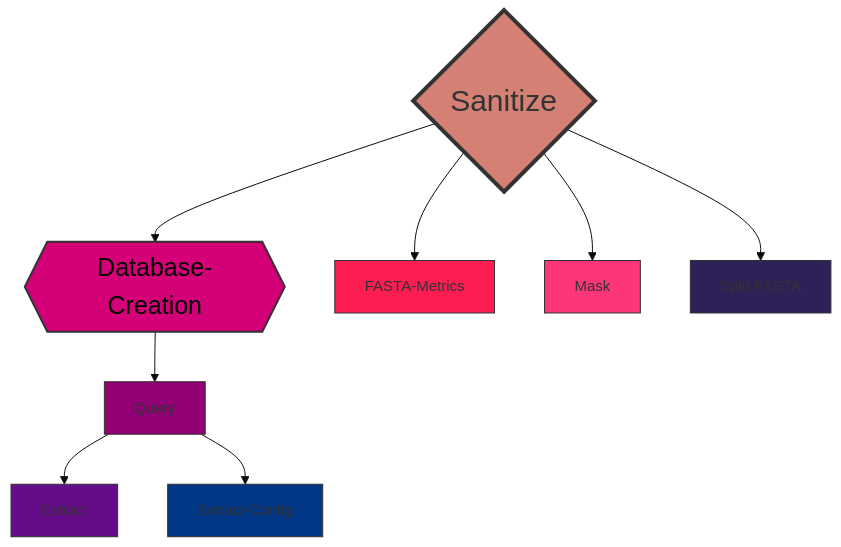
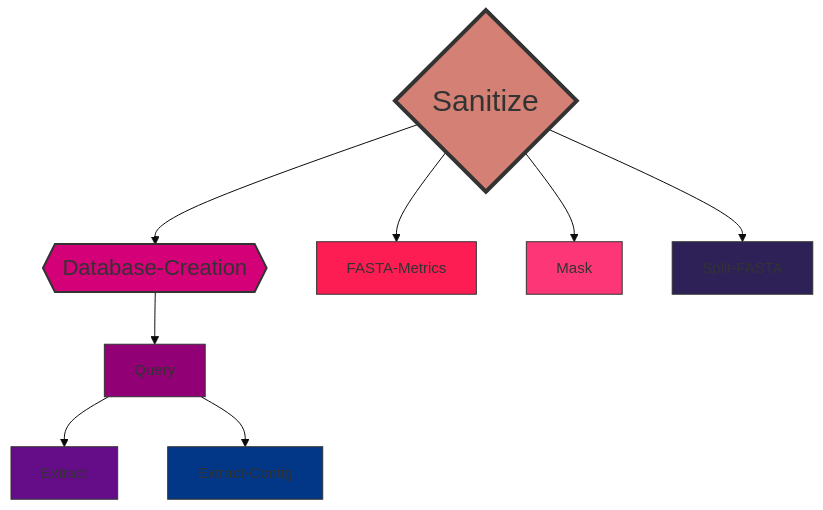
One commit to ERBringHorvath/SeqForge changed the diagram in README.md. Above: the diagram before and after it, drawn with Mermaid (base theme).

````diff
--- a/README.md
+++ b/README.md
@@ -79,20 +79,20 @@
 ```mermaid
 graph TD;
     A{Sanitize}-->B{{Database-Creation}};
     B{{Database-Creation}}-->C[Query];
     C[Query]-->D[Extract];
     C[Query]-->E[Extract-Contig];
     A{Sanitize}-->F[FASTA-Metrics];
     A{Sanitize}-->G[Mask];
     A{Sanitize}-->H[Split-FASTA];
 
     %% Custom style for Sanitize node
     style A fill:#d48074,stroke:#333,stroke-width:4,font-size:30px
-    style B fill:#d40078,stroke:#333,stroke-width:2,font-size:25px,color:#000000
+    style B fill:#d40078,stroke:#333,stroke-width:2,font-size:22px
     style C fill:#920075,stroke:#333,stroke-width:1,font-size:15px
     style D fill:#650D89,stroke:#333,stroke-width:1,font-size:15px
     style E fill:#023788,stroke:#333,stroke-width:1,font-size:15px
     style F fill:#fd1d53,stroke:#333,stroke-width:1,font-size:15px
     style G fill:#fd3777,stroke:#333,stroke-width:1,font-size:15px
     style H fill:#2e2157,stroke:#333,stroke-width:1,font-size:15px
 ```
````
